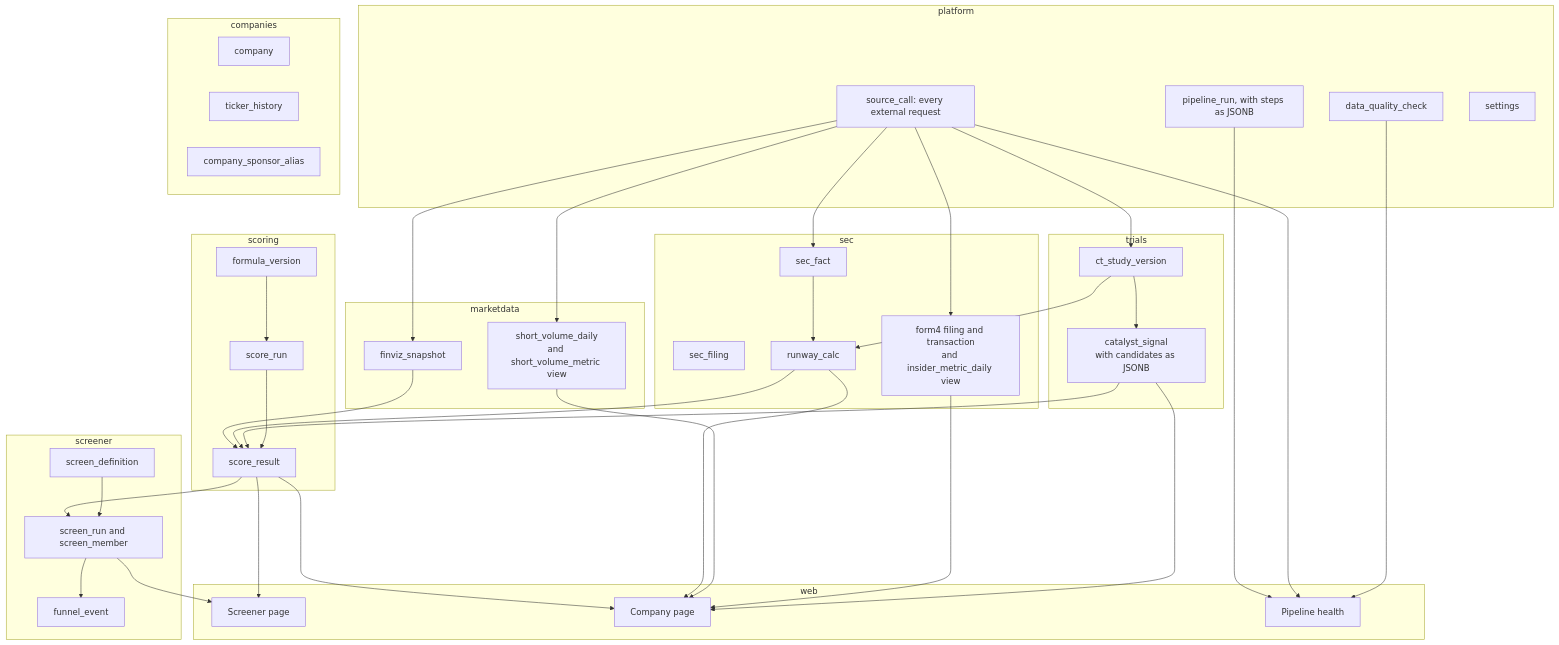
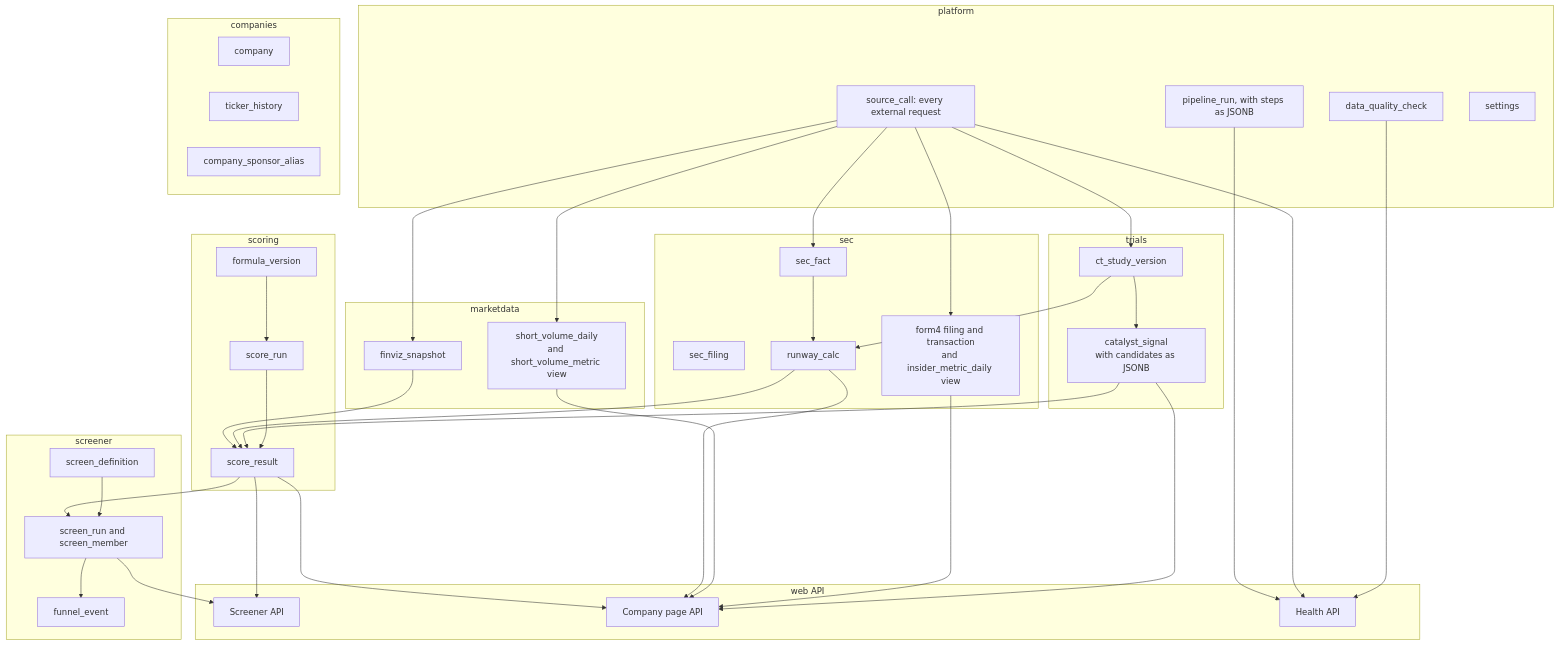
Before and after one commit to karenando11/bxnext-oxhouse: the second of 9 diagrams in docs/architecture-and-data-model.md, drawn with Mermaid. The commit also changed other lines of this file and 3 other files, not shown here.

````diff
--- a/docs/architecture-and-data-model.md
+++ b/docs/architecture-and-data-model.md
@@ -149,77 +151,77 @@
 ```mermaid
 flowchart TB
     subgraph PLATFORM[platform]
         PR[pipeline_run, with steps as JSONB]
         SC[source_call: every external request]
         DQ[data_quality_check]
         SET[settings]
     end
 
     subgraph IDENT[companies]
         CO[company]
         TH[ticker_history]
         SA[company_sponsor_alias]
     end
 
     subgraph MKT[marketdata]
         FS[finviz_snapshot]
         SV[short_volume_daily<br/>and short_volume_metric view]
     end
 
     subgraph SECAPP[sec]
         SF[sec_filing]
         SFACT[sec_fact]
         RC[runway_calc]
         F4[form4 filing and transaction<br/>and insider_metric_daily view]
     end
 
     subgraph TRL[trials]
         CSV[ct_study_version]
         CAT[catalyst_signal<br/>with candidates as JSONB]
     end
 
     subgraph SCO[scoring]
         FVN[formula_version]
         SR[score_run]
         RES[score_result]
     end
 
     subgraph SCR[screener]
         SD[screen_definition]
         SRUN[screen_run and screen_member]
         FE[funnel_event]
     end
 
-    subgraph UI[web]
-        SCRUI[Screener page]
-        CPAGE[Company page]
-        HEALTH[Pipeline health]
+    subgraph UI[web API]
+        SCRUI[Screener API]
+        CPAGE[Company page API]
+        HEALTH[Health API]
     end
 
     SC --> FS
     SC --> SV
     SC --> F4
     SC --> SFACT
     SC --> CSV
     FS --> RES
     RC --> RES
     CAT --> RES
     SFACT --> RC
     CSV --> CAT
     CSV --> RC
     FVN --> SR
     SR --> RES
     RES --> SRUN
     SD --> SRUN
     SRUN --> FE
     RES --> SCRUI
     SRUN --> SCRUI
     RES --> CPAGE
     RC --> CPAGE
     SV --> CPAGE
     F4 --> CPAGE
     CAT --> CPAGE
     PR --> HEALTH
     SC --> HEALTH
     DQ --> HEALTH
 ```
````
